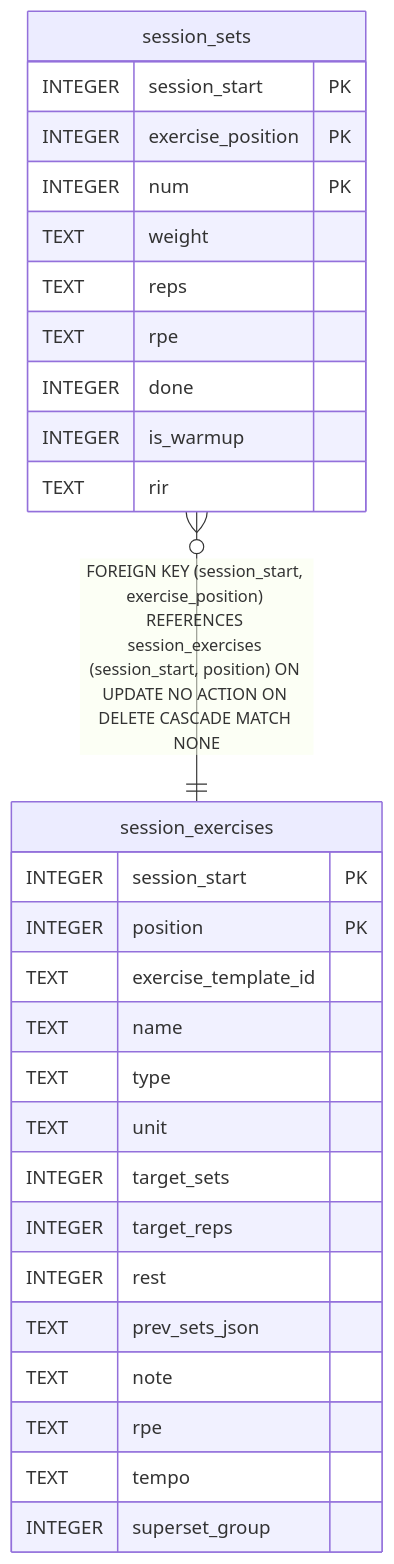
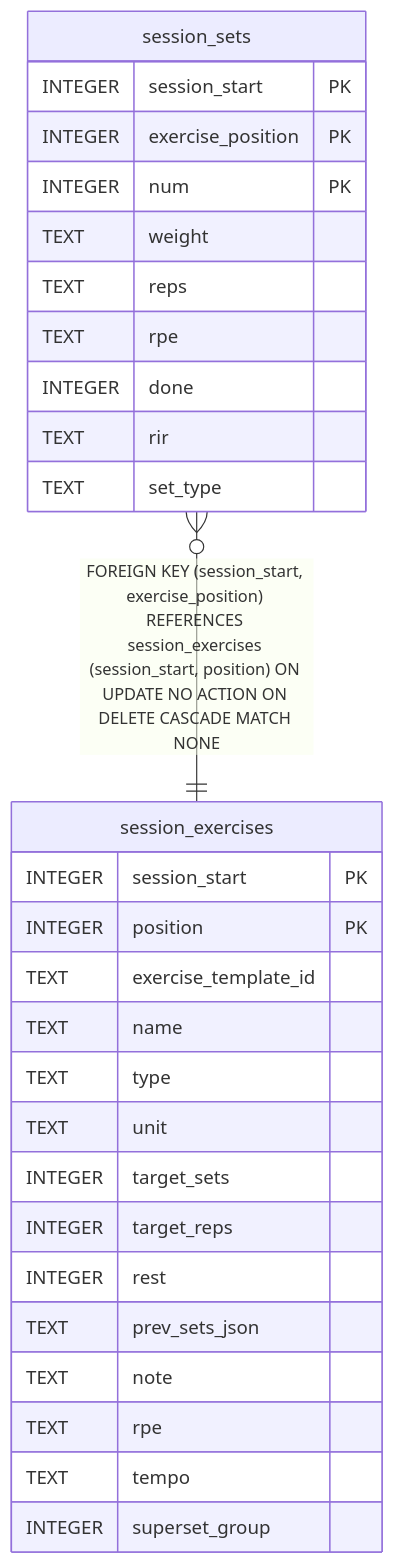
The diagram in docs/schema/user/session_sets.md (wilburwing-art/phase-training2), drawn with Mermaid before and after one commit. The commit also changed other lines of this file and 40 other files, not shown here.

````diff
--- a/docs/schema/user/session_sets.md
+++ b/docs/schema/user/session_sets.md
@@ -58,33 +58,33 @@
 ```mermaid
 erDiagram
 
 "session_sets" }o--|| "session_exercises" : "FOREIGN KEY (session_start, exercise_position) REFERENCES session_exercises (session_start, position) ON UPDATE NO ACTION ON DELETE CASCADE MATCH NONE"
 
 "session_sets" {
   INTEGER session_start PK
   INTEGER exercise_position PK
   INTEGER num PK
   TEXT weight
   TEXT reps
   TEXT rpe
   INTEGER done
-  INTEGER is_warmup
   TEXT rir
+  TEXT set_type
 }
 "session_exercises" {
   INTEGER session_start PK
   INTEGER position PK
   TEXT exercise_template_id
   TEXT name
   TEXT type
   TEXT unit
   INTEGER target_sets
   INTEGER target_reps
   INTEGER rest
   TEXT prev_sets_json
   TEXT note
   TEXT rpe
   TEXT tempo
   INTEGER superset_group
 }
 ```
````
